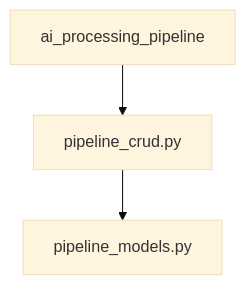
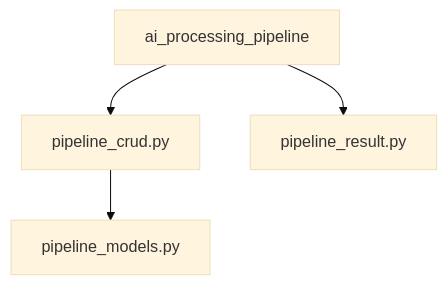
One commit to jiwoong5/storypool_ai_pipeline changed the diagram in documents/db.md. Above: the diagram before and after it, drawn with Mermaid (base theme). The commit also changed other lines of this file, not shown here.

````diff
--- a/documents/db.md
+++ b/documents/db.md
@@ -26,5 +28,6 @@
 ```mermaid
 graph TD
   A[ai_processing_pipeline] --> B[pipeline_crud.py]
+  A --> D[pipeline_result.py]
   B --> C[pipeline_models.py]
 ```
````
